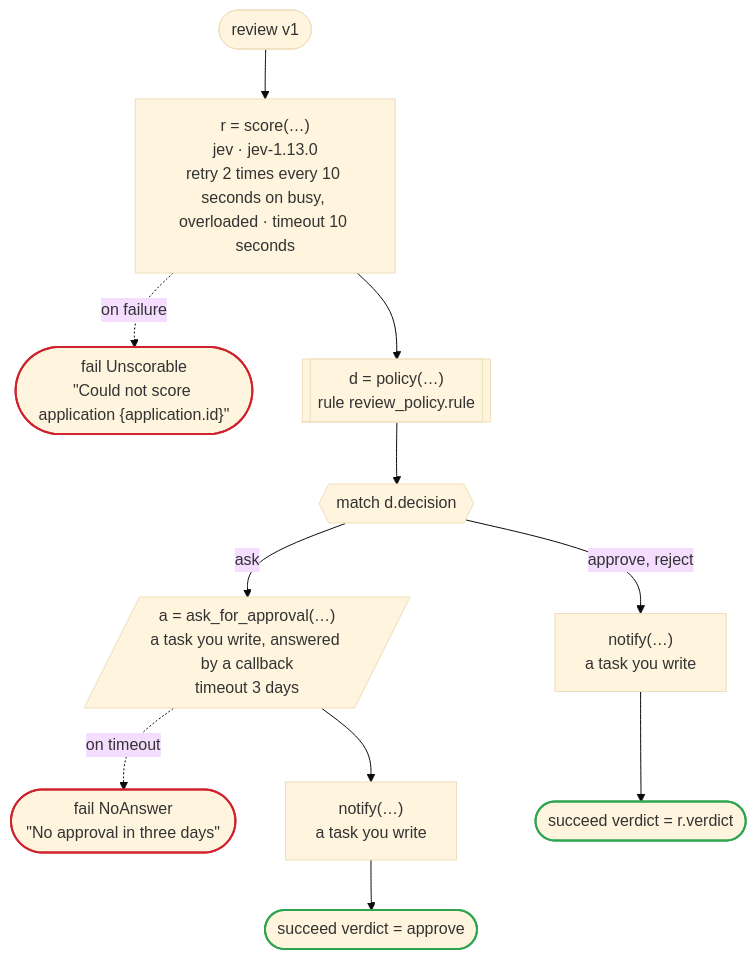
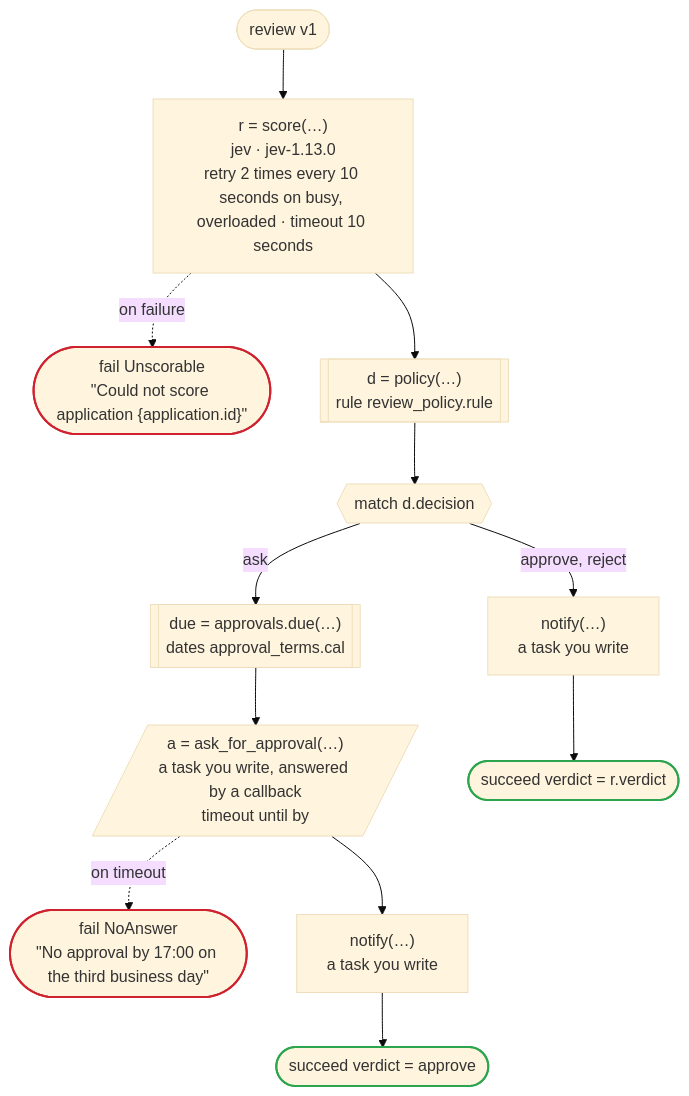
The diagram in crates/dandori/tests/doc/examples-review-temporal-review.en.md (i2y/ritsu), drawn with Mermaid (base theme) before and after one commit. The commit also changed other lines of this file and 174 other files, not shown here.

````diff
--- a/crates/dandori/tests/doc/examples-review-temporal-review.en.md
+++ b/crates/dandori/tests/doc/examples-review-temporal-review.en.md
@@ -9,28 +9,30 @@
 ```mermaid
 flowchart TD
     start(["review v1"])
     s1["r = score(…)<br>jev · jev-1.13.0<br>retry 2 times every 10 seconds on busy, overloaded · timeout 10 seconds"]
     s2(["fail Unscorable<br>#quot;Could not score application {application.id}#quot;"])
     s3[["d = policy(…)<br>rule review_policy.rule"]]
     s4{{"match d.decision"}}
-    s6[/"a = ask_for_approval(…)<br>a task you write, answered by a callback<br>timeout 3 days"/]
-    s7(["fail NoAnswer<br>#quot;No approval in three days#quot;"])
-    s8["notify(…)<br>a task you write"]
-    s9(["succeed verdict = approve"])
-    s10["notify(…)<br>a task you write"]
-    s11(["succeed verdict = r.verdict"])
+    s6[["due = approvals.due(…)<br>dates approval_terms.cal"]]
+    s7[/"a = ask_for_approval(…)<br>a task you write, answered by a callback<br>timeout until by"/]
+    s8(["fail NoAnswer<br>#quot;No approval by 17:00 on the third business day#quot;"])
+    s9["notify(…)<br>a task you write"]
+    s10(["succeed verdict = approve"])
+    s11["notify(…)<br>a task you write"]
+    s12(["succeed verdict = r.verdict"])
     start --> s1
     s1 -.->|"on failure"| s2
     s1 --> s3
     s3 --> s4
     s4 -->|"ask"| s6
-    s6 -.->|"on timeout"| s7
-    s6 --> s8
-    s8 --> s9
-    s4 -->|"approve, reject"| s10
-    s10 --> s11
+    s6 --> s7
+    s7 -.->|"on timeout"| s8
+    s7 --> s9
+    s9 --> s10
+    s4 -->|"approve, reject"| s11
+    s11 --> s12
     classDef ok stroke:#2da44e,stroke-width:2px
     classDef bad stroke:#cf222e,stroke-width:2px
-    class s9,s11 ok
-    class s2,s7 bad
+    class s10,s12 ok
+    class s2,s8 bad
 ```
````
